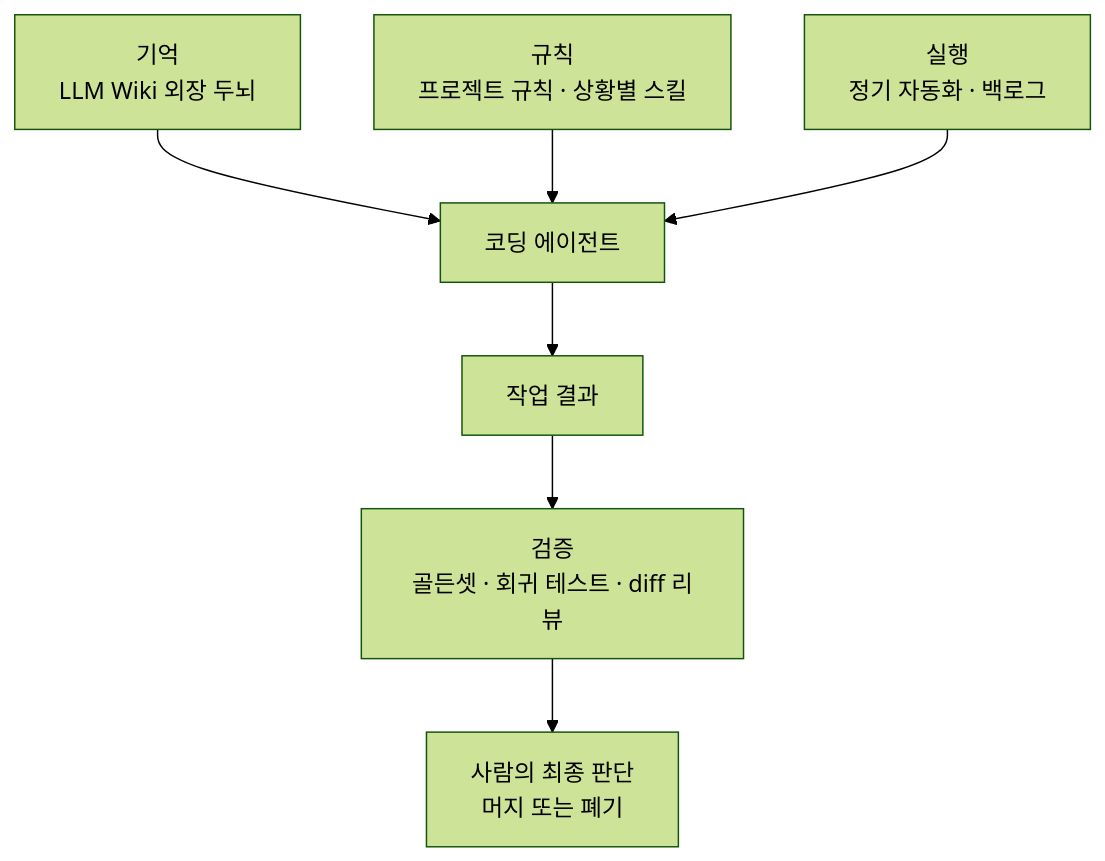
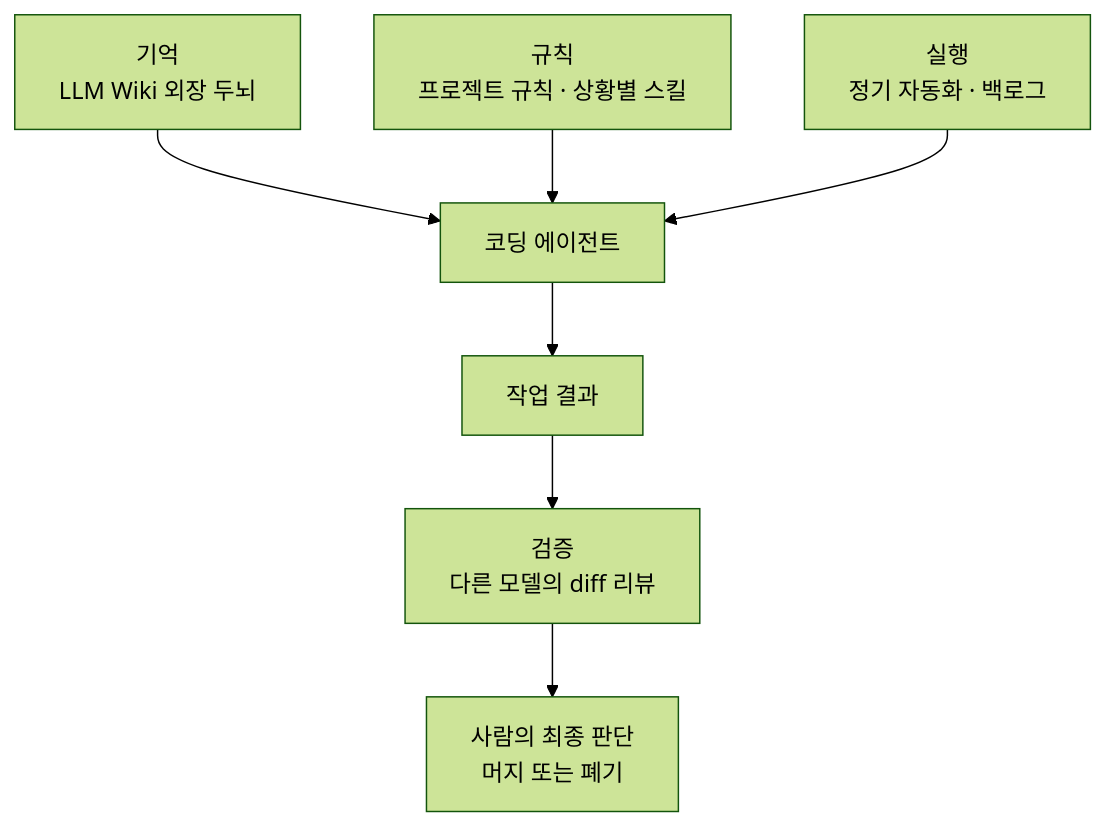
Before and after one commit to samhyun/samhyun.github.io: the first of 2 diagrams in src/content/blog/ax-engineering-reflection.md, drawn with Mermaid (forest theme). The commit also changed other lines of this file, not shown here.

````diff
--- a/src/content/blog/ax-engineering-reflection.md
+++ b/src/content/blog/ax-engineering-reflection.md
@@ -28,9 +28,9 @@
 ```mermaid
 flowchart TB
   Memory["기억<br/>LLM Wiki 외장 두뇌"] --> Agent["코딩 에이전트"]
   Rules["규칙<br/>프로젝트 규칙 · 상황별 스킬"] --> Agent
   Automation["실행<br/>정기 자동화 · 백로그"] --> Agent
   Agent --> Result["작업 결과"]
-  Result --> Verification["검증<br/>골든셋 · 회귀 테스트 · diff 리뷰"]
+  Result --> Verification["검증<br/>다른 모델의 diff 리뷰"]
   Verification --> Decision["사람의 최종 판단<br/>머지 또는 폐기"]
 ```
````
